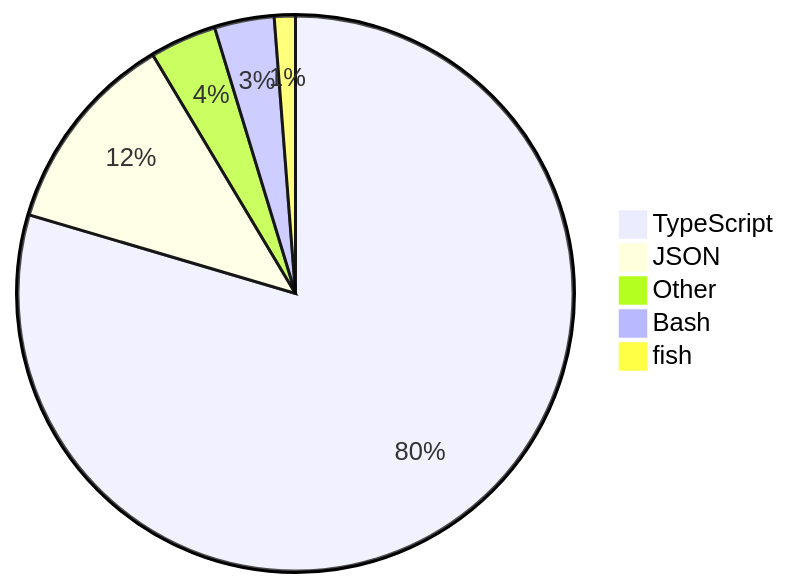
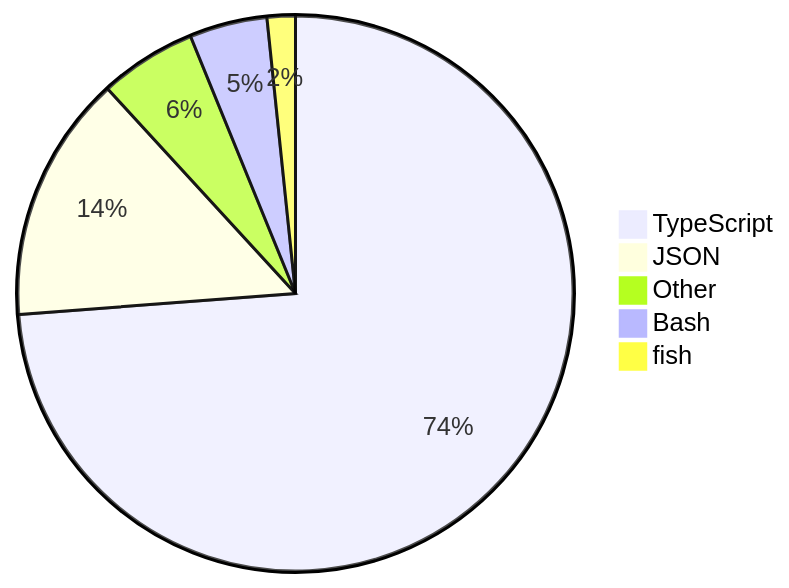
Before and after one commit to skvggor/skvggor: the diagram in README.md, drawn with Mermaid.

Commit message:
Updated waka-readme graph with new metrics

````diff
--- a/README.md
+++ b/README.md
@@ -28,8 +28,8 @@
 ```mermaid
 pie
-    "TypeScript" : 77.9
-    "JSON" : 11.6
-    "Other" : 3.8
-    "Bash" : 3.4
-    "fish" : 1.2
+    "TypeScript" : 71.8
+    "JSON" : 14.0
+    "Other" : 5.5
+    "Bash" : 4.4
+    "fish" : 1.6
 ```
````
